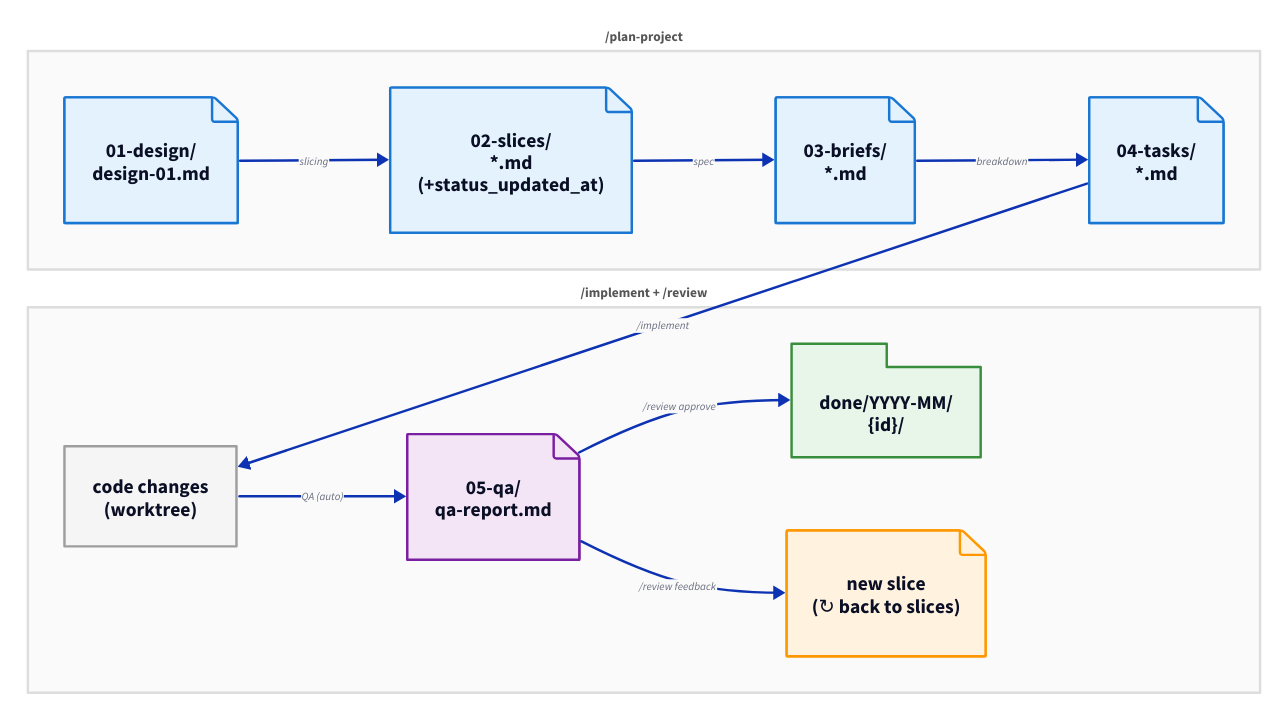
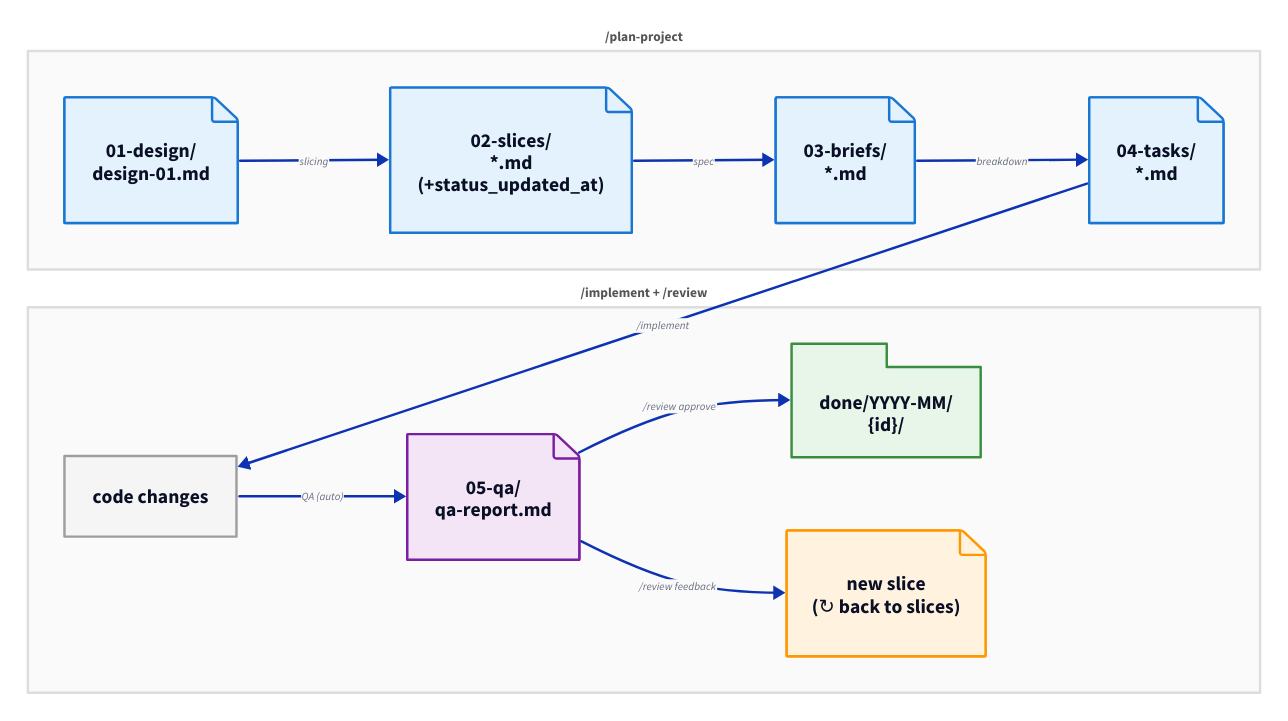
One commit to bcokert/command-init-orchestrator changed the diagram in docs/diagrams/artifacts.d2. Above: the diagram before and after it, drawn with D2. The commit also changed 54 other files, not shown here.

```diff
--- a/docs/diagrams/artifacts.d2
+++ b/docs/diagrams/artifacts.d2
@@ -1,109 +1,109 @@
 vars: {
   d2-config: {
     layout-engine: dagre
     pad: 0
   }
   colors: {
     design: "#e3f2fd"
     design-border: "#1976D2"
     impl: "#f5f5f5"
     impl-border: "#9e9e9e"
     qa: "#f3e5f5"
     qa-border: "#7B1FA2"
     archive: "#e8f5e9"
     archive-border: "#388E3C"
     feedback: "#fff3e0"
     feedback-border: "#FF9800"
     lc: "#555555"
   }
 }
 
 grid: "" {
   grid-rows: 2
   grid-gap: 12
   style.stroke: transparent
   style.fill: transparent
 
   row1: /plan-project {
     direction: right
     style.fill: "#fafafa"
     style.stroke: "#dddddd"
     style.font-size: 11
     style.bold: true
     style.font-color: ${colors.lc}
 
     d_doc: "01-design/\ndesign-01.md" {
       shape: page
       style.fill: ${colors.design}
       style.stroke: ${colors.design-border}
     }
     slices: "02-slices/\n*.md\n(+status_updated_at)" {
       shape: page
       style.fill: ${colors.design}
       style.stroke: ${colors.design-border}
     }
     brief: "03-briefs/\n*.md" {
       shape: page
       style.fill: ${colors.design}
       style.stroke: ${colors.design-border}
     }
     tasks: "04-tasks/\n*.md" {
       shape: page
       style.fill: ${colors.design}
       style.stroke: ${colors.design-border}
     }
 
     d_doc -> slices: slicing {
       style.font-size: 9
     }
     slices -> brief: spec {
       style.font-size: 9
     }
     brief -> tasks: breakdown {
       style.font-size: 9
     }
   }
 
   row2: "/implement + /review" {
     direction: right
     style.fill: "#fafafa"
     style.stroke: "#dddddd"
     style.font-size: 11
     style.bold: true
     style.font-color: ${colors.lc}
 
-    code: "code changes\n(worktree)" {
+    code: "code changes" {
       style.fill: ${colors.impl}
       style.stroke: ${colors.impl-border}
     }
     qa_report: "05-qa/\nqa-report.md" {
       shape: page
       style.fill: ${colors.qa}
       style.stroke: ${colors.qa-border}
     }
     archive: "done/YYYY-MM/\n{id}/" {
       shape: package
       style.fill: ${colors.archive}
       style.stroke: ${colors.archive-border}
     }
     new_slice: "new slice\n(↻ back to slices)" {
       shape: page
       style.fill: ${colors.feedback}
       style.stroke: ${colors.feedback-border}
     }
 
     code -> qa_report: "QA (auto)" {
       style.font-size: 9
     }
     qa_report -> archive: "/review approve" {
       style.font-size: 9
     }
     qa_report -> new_slice: "/review feedback" {
       style.font-size: 9
     }
   }
 }
 
 grid.row1.tasks -> grid.row2.code: /implement {
   style.font-size: 9
 }
```
